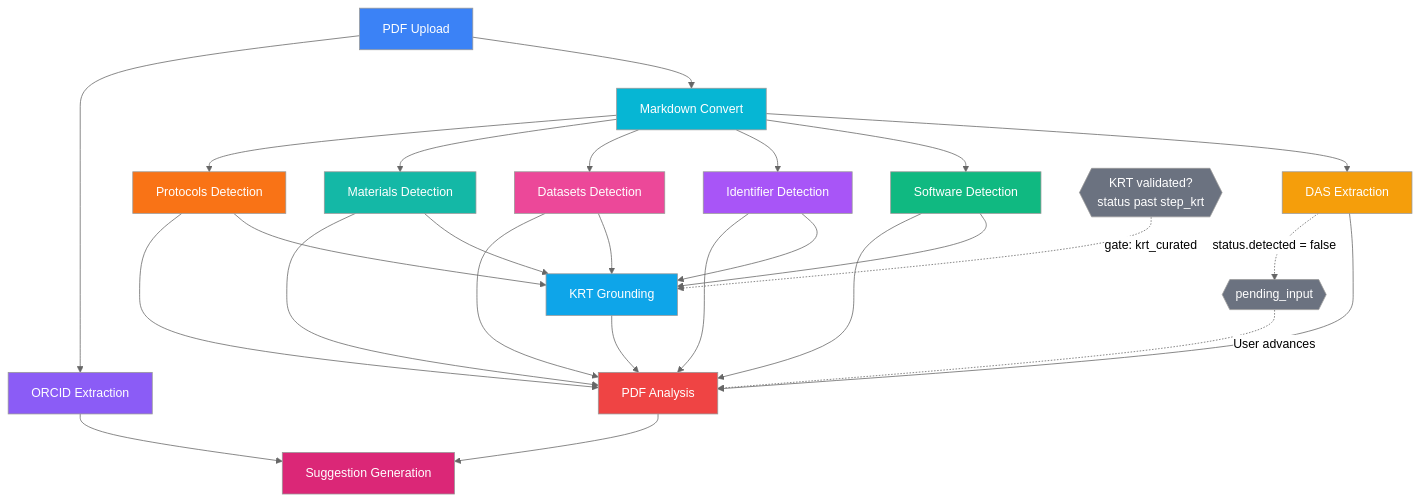
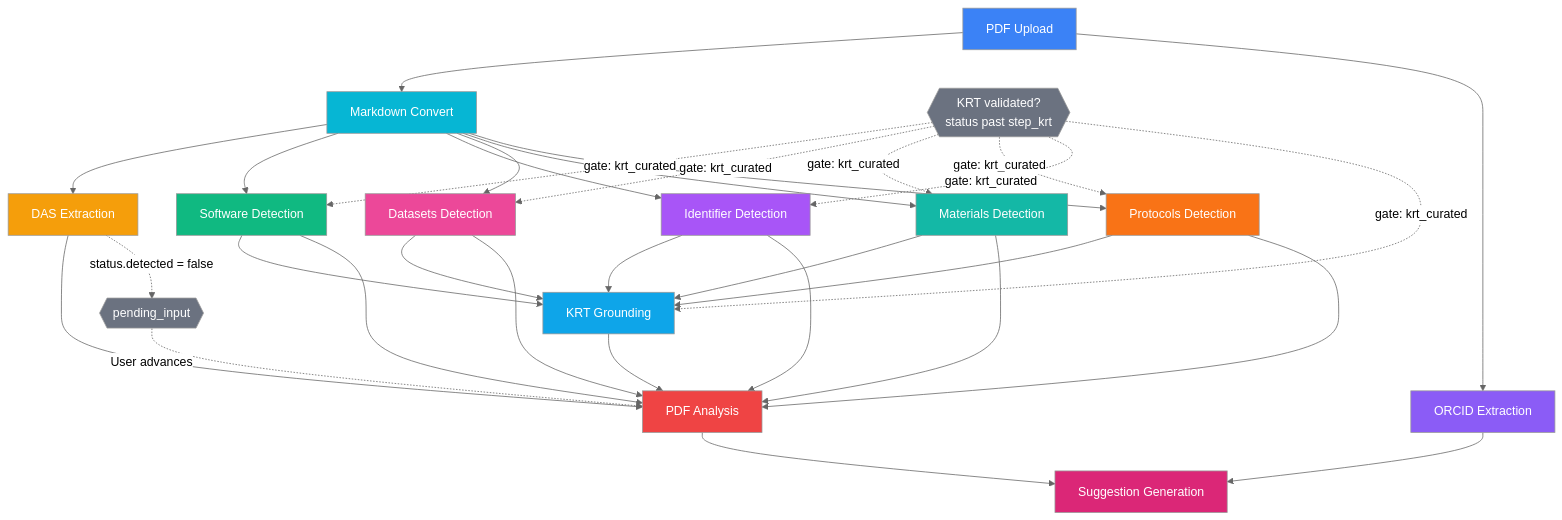
Before and after one commit to DataSeer/asap-kr-sync: the first of 2 diagrams in docs/background-jobs.md, drawn with Mermaid (neutral theme). The commit also changed other lines of this file and 15 other files, not shown here.

````diff
--- a/docs/background-jobs.md
+++ b/docs/background-jobs.md
@@ -84,50 +84,55 @@
 ```mermaid
 graph TD
     PDF[PDF Upload] --> MD[Markdown Convert]
     PDF --> ORCID[ORCID Extraction]
 
     MD --> DAS[DAS Extraction]
     MD --> SW[Software Detection]
     MD --> ID[Identifier Detection]
     MD --> DS[Datasets Detection]
     MD --> MAT[Materials Detection]
     MD --> PROT[Protocols Detection]
 
     SW --> KG[KRT Grounding]
     DS --> KG
     MAT --> KG
     PROT --> KG
     ID --> KG
 
     KRTV{{KRT validated?<br/>status past step_krt}}
+    KRTV -.->|gate: krt_curated| SW
+    KRTV -.->|gate: krt_curated| DS
+    KRTV -.->|gate: krt_curated| MAT
+    KRTV -.->|gate: krt_curated| PROT
+    KRTV -.->|gate: krt_curated| ID
     KRTV -.->|gate: krt_curated| KG
 
     DAS --> PA[PDF Analysis]
     SW --> PA
     DS --> PA
     MAT --> PA
     PROT --> PA
     ID --> PA
     KG --> PA
 
     PA --> SG[Suggestion Generation]
     ORCID --> SG
 
     DAS -.->|status.detected = false| PI{{pending_input}}
     PI -.->|User advances| PA
 
     style PDF fill:#3b82f6,color:#fff
     style DAS fill:#f59e0b,color:#fff
     style SW fill:#10b981,color:#fff
     style ORCID fill:#8b5cf6,color:#fff
     style MD fill:#06b6d4,color:#fff
     style DS fill:#ec4899,color:#fff
     style MAT fill:#14b8a6,color:#fff
     style PROT fill:#f97316,color:#fff
     style ID fill:#a855f7,color:#fff
     style KG fill:#0ea5e9,color:#fff
     style PA fill:#ef4444,color:#fff
     style SG fill:#db2777,color:#fff
     style PI fill:#6b7280,color:#fff
     style KRTV fill:#6b7280,color:#fff
 ```
````
